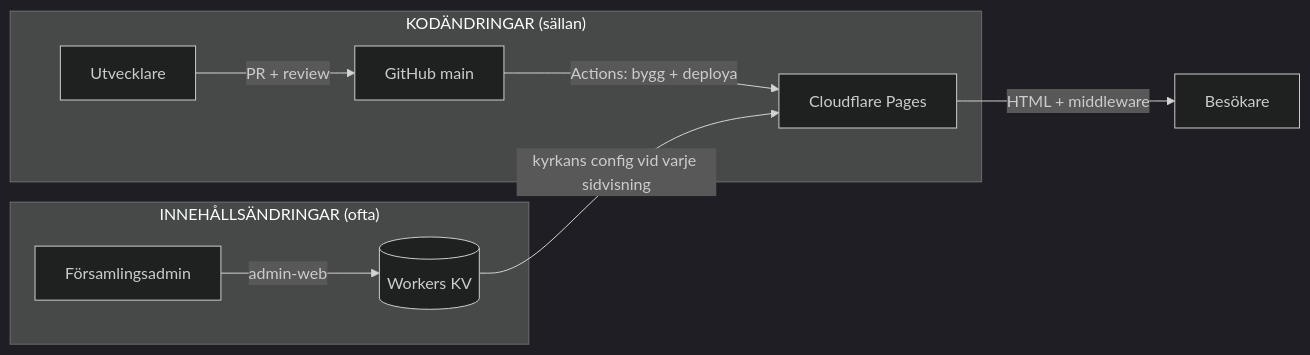
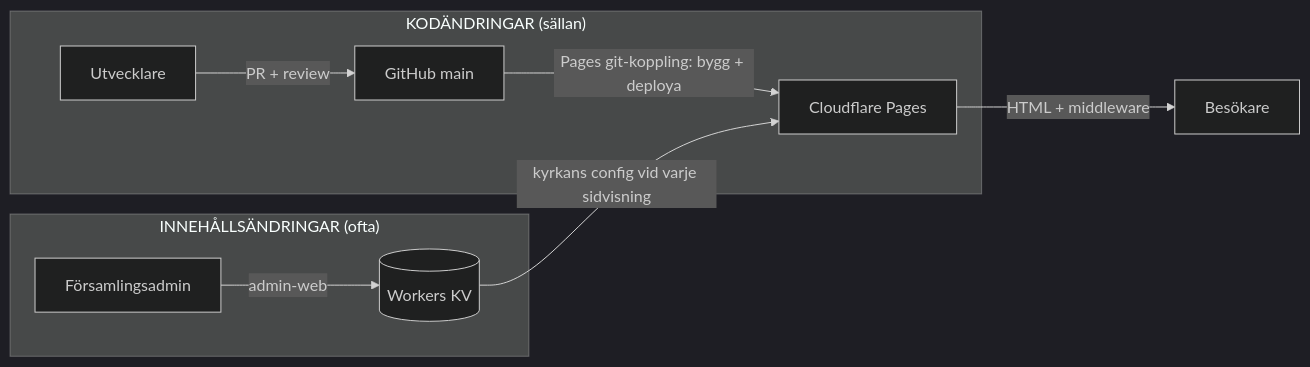
Before and after one commit to Compuute/kyrk-projekt: the first of 4 diagrams in docs/25-deploy-och-innehallsflode.md, drawn with Mermaid (dark theme). The commit also changed other lines of this file and 3 other files, not shown here.

First line of the commit message:
docs: Pages git integration is the official portal deploy path (ADR-018/019)

````diff
--- a/docs/25-deploy-och-innehallsflode.md
+++ b/docs/25-deploy-och-innehallsflode.md
@@ -33,12 +34,12 @@
 ```mermaid
 flowchart LR
     subgraph Kod["KODÄNDRINGAR (sällan)"]
         DEV[Utvecklare] -->|PR + review| GH[GitHub main]
-        GH -->|Actions: bygg + deploya| CF[Cloudflare Pages]
+        GH -->|Pages git-koppling: bygg + deploya| CF[Cloudflare Pages]
     end
     subgraph Innehall["INNEHÅLLSÄNDRINGAR (ofta)"]
         ADMIN[Församlingsadmin] -->|admin-web| KV[(Workers KV)]
     end
     CF -->|HTML + middleware| BES[Besökare]
     KV -->|kyrkans config vid varje sidvisning| CF
 ```
````
